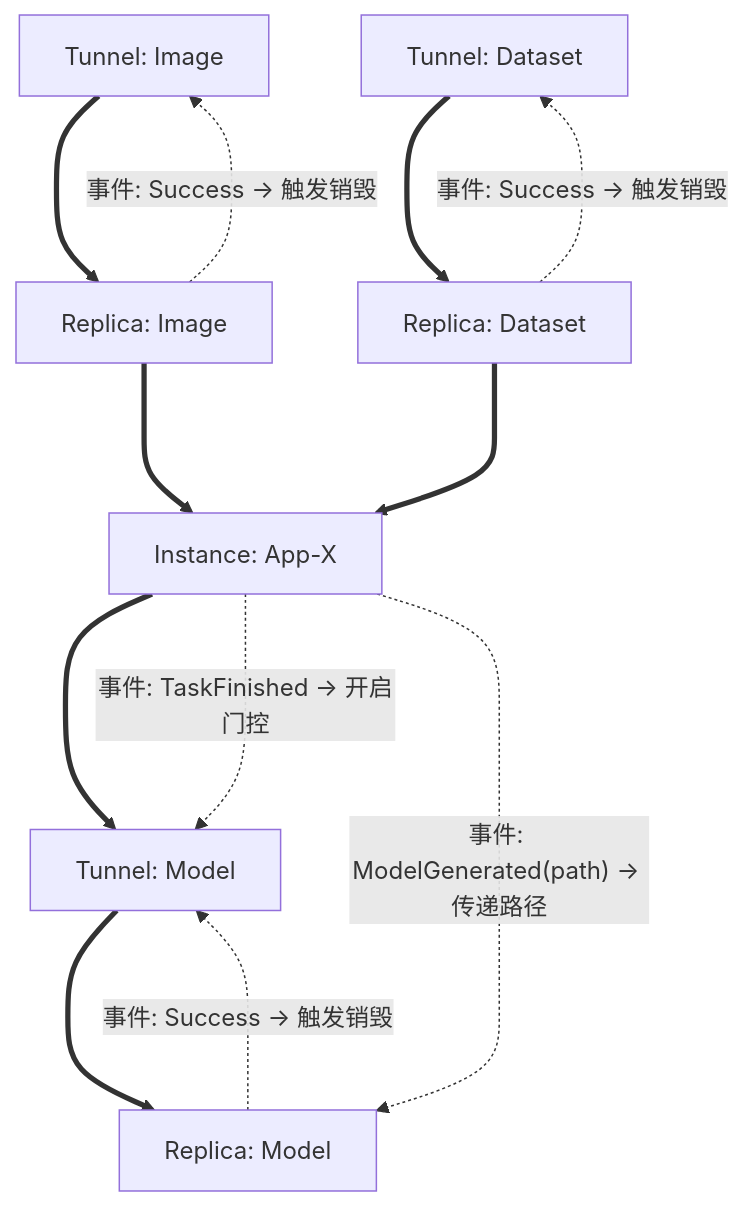
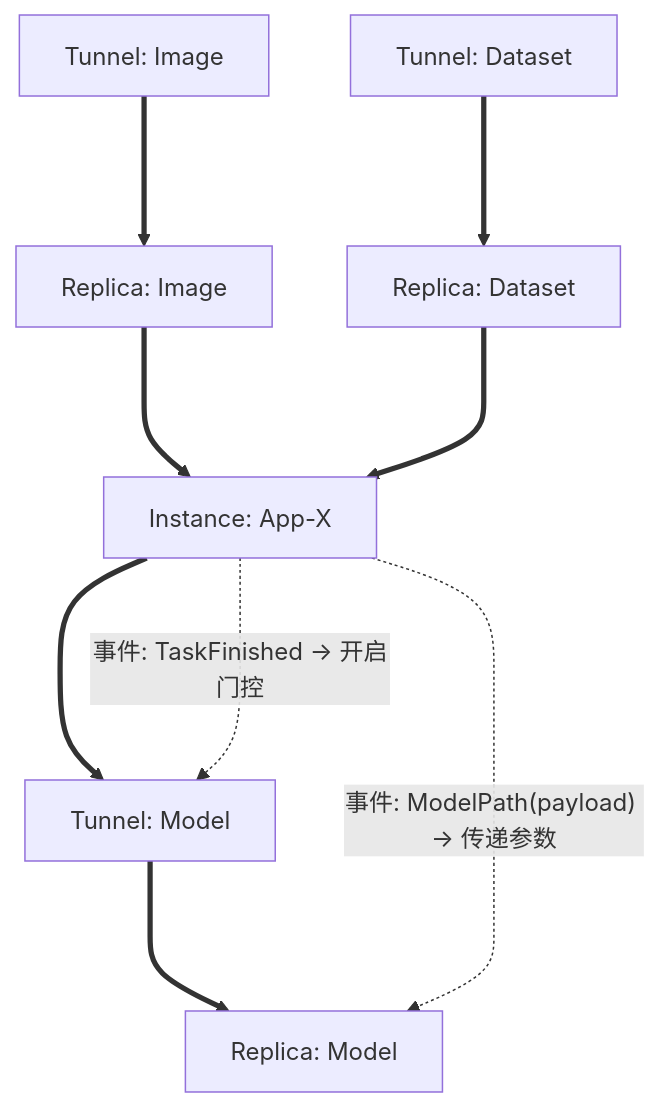
The diagram in README.md (luoshuhui/orchestrator), drawn with Mermaid before and after one commit. The commit also changed other lines of this file and 17 other files, not shown here.

Commit message:
v1.1: Major architecture upgrade - decouple engine from providers, implement resource registration and JSON-driven orchestration

````diff
--- a/README.md
+++ b/README.md
@@ -26,26 +44,23 @@
 ```mermaid
 graph TD
-    %% 节点定义 (Objects)
+    %% 节点定义
     T_Img[Tunnel: Image]
     T_Dat[Tunnel: Dataset]
     R_Img[Replica: Image]
     R_Dat[Replica: Dataset]
     App[Instance: App-X]
     T_Mod[Tunnel: Model]
     R_Mod[Replica: Model]
 
-    %% DAG 拓扑依赖 (实线 - 决定启动顺序)
+    %% DAG 拓扑依赖 (实线)
     T_Img ===> R_Img
     T_Dat ===> R_Dat
     R_Img ===> App
     R_Dat ===> App
     App ===> T_Mod
     T_Mod ===> R_Mod
 
-    %% EDA 事件驱动 (虚线 - 决定动作触发与清理)
+    %% EDA 事件触发 (虚线)
     App -. "事件: TaskFinished -> 开启门控" .-> T_Mod
-    App -. "事件: ModelGenerated(path) -> 传递路径" .-> R_Mod
-    R_Img -. "事件: Success -> 触发销毁" .-> T_Img
-    R_Dat -. "事件: Success -> 触发销毁" .-> T_Dat
-    R_Mod -. "事件: Success -> 触发销毁" .-> T_Mod
+    App -. "事件: ModelPath(payload) -> 传递参数" .-> R_Mod
 ```
````
